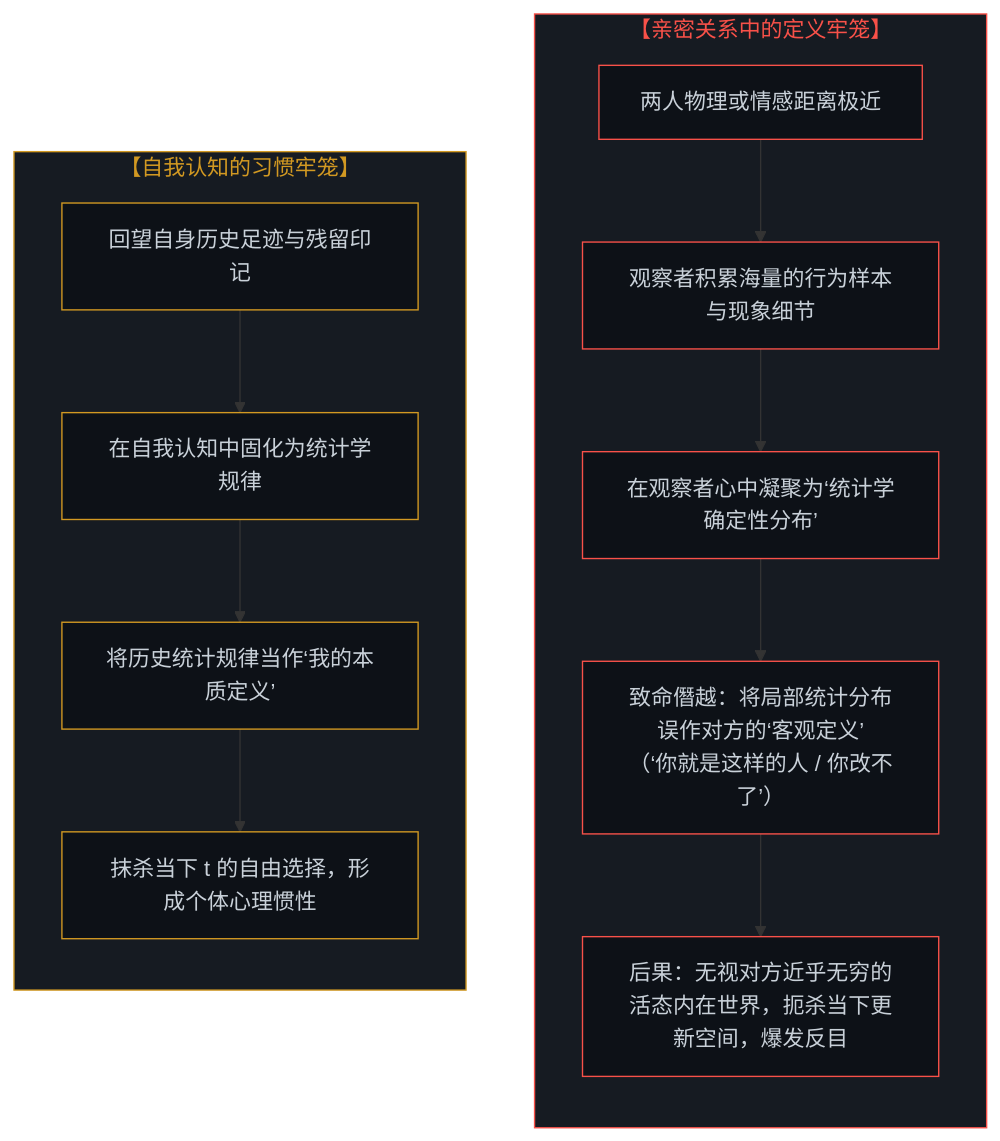
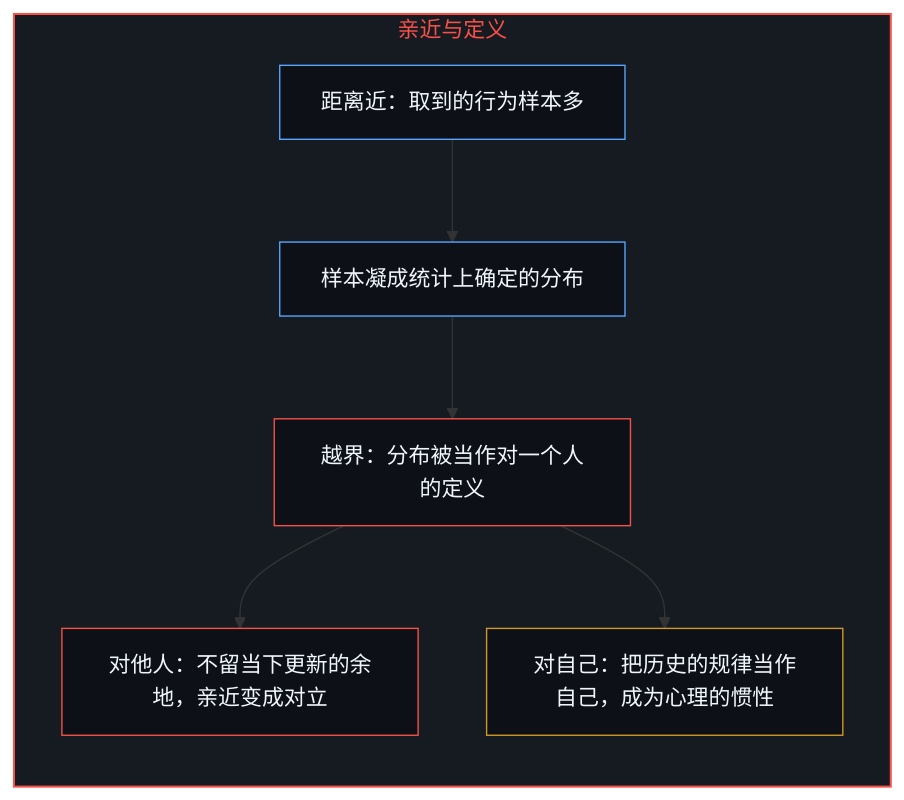
One commit to powerpig99/not-a-toe changed the seventh of 12 diagrams in content/posts/the-two-sided-nature-of-sovereign-choice-and-the-objectification-of-observation.md. Above: the diagram before and after it, drawn with Mermaid. The commit also changed other lines of this file and 2 other files, not shown here.

Commit message:
Refine the-two-sided-nature-of-sovereign-choice: alternating bilingual layout, six paired diagrams, the outer face as signal and as definition, implicit first person

````diff
--- a/content/posts/the-two-sided-nature-of-sovereign-choice-and-the-objectification-of-observation.md
+++ b/content/posts/the-two-sided-nature-of-sovereign-choice-and-the-objectification-of-observation.md
@@ -179,33 +211,22 @@
 ```mermaid
-graph TD
-    subgraph S_Intimacy_Trap["【亲密关系中的定义牢笼】"]
+flowchart TD
+    subgraph S_Close["亲近与定义"]
         direction TB
-        O1["两人物理或情感距离极近"]
-        O2["观察者积累海量的行为样本与现象细节"]
-        O3["在观察者心中凝聚为‘统计学确定性分布’"]
-        O4["致命僭越：将局部统计分布误作对方的‘客观定义’<br>（‘你就是这样的人 / 你改不了’）"]
-        O5["后果：无视对方近乎无穷的活态内在世界，扼杀当下更新空间，爆发反目"]
-        O1 --> O2 --> O3 --> O4 --> O5
+        Near["距离近：取到的行为样本多"]
+        Dist["样本凝成统计上确定的分布"]
+        Def["越界：分布被当作对一个人的定义"]
+        Other["对他人：不留当下更新的余地，亲近变成对立"]
+        Self["对自己：把历史的规律当作自己，成为心理的惯性"]
+        Near --> Dist
+        Dist --> Def
+        Def --> Other
+        Def --> Self
     end
 
-    subgraph S_Self_Inertia["【自我认知的习惯牢笼】"]
-        direction TB
-        S1["回望自身历史足迹与残留印记"]
-        S2["在自我认知中固化为统计学规律"]
-        S3["将历史统计规律当作‘我的本质定义’"]
-        S4["抹杀当下 t 的自由选择，形成个体心理惯性"]
-        S1 --> S2 --> S3 --> S4
-    end
-
-    style S_Intimacy_Trap fill:#161b22,stroke:#f85149,stroke-width:1px,color:#f85149
-    style S_Self_Inertia fill:#161b22,stroke:#d29922,stroke-width:1px,color:#d29922
-    style O1 fill:#0d1117,stroke:#f85149,stroke-width:1px,color:#c9d1d9
-    style O2 fill:#0d1117,stroke:#f85149,stroke-width:1px,color:#c9d1d9
-    style O3 fill:#0d1117,stroke:#f85149,stroke-width:1px,color:#c9d1d9
-    style O4 fill:#0d1117,stroke:#f85149,stroke-width:1px,color:#c9d1d9
-    style O5 fill:#0d1117,stroke:#f85149,stroke-width:1px,color:#c9d1d9
-    style S1 fill:#0d1117,stroke:#d29922,stroke-width:1px,color:#c9d1d9
-    style S2 fill:#0d1117,stroke:#d29922,stroke-width:1px,color:#c9d1d9
-    style S3 fill:#0d1117,stroke:#d29922,stroke-width:1px,color:#c9d1d9
-    style S4 fill:#0d1117,stroke:#d29922,stroke-width:1px,color:#c9d1d9
+    style S_Close fill:#161b22,stroke:#f85149,stroke-width:1.5px,color:#f85149
+    style Near fill:#0d1117,stroke:#58a6ff,stroke-width:1px,color:#f0f6fc
+    style Dist fill:#0d1117,stroke:#58a6ff,stroke-width:1px,color:#f0f6fc
+    style Def fill:#0d1117,stroke:#f85149,stroke-width:1px,color:#f0f6fc
+    style Other fill:#0d1117,stroke:#f85149,stroke-width:1px,color:#f0f6fc
+    style Self fill:#0d1117,stroke:#d29922,stroke-width:1px,color:#f0f6fc
 ```
````
